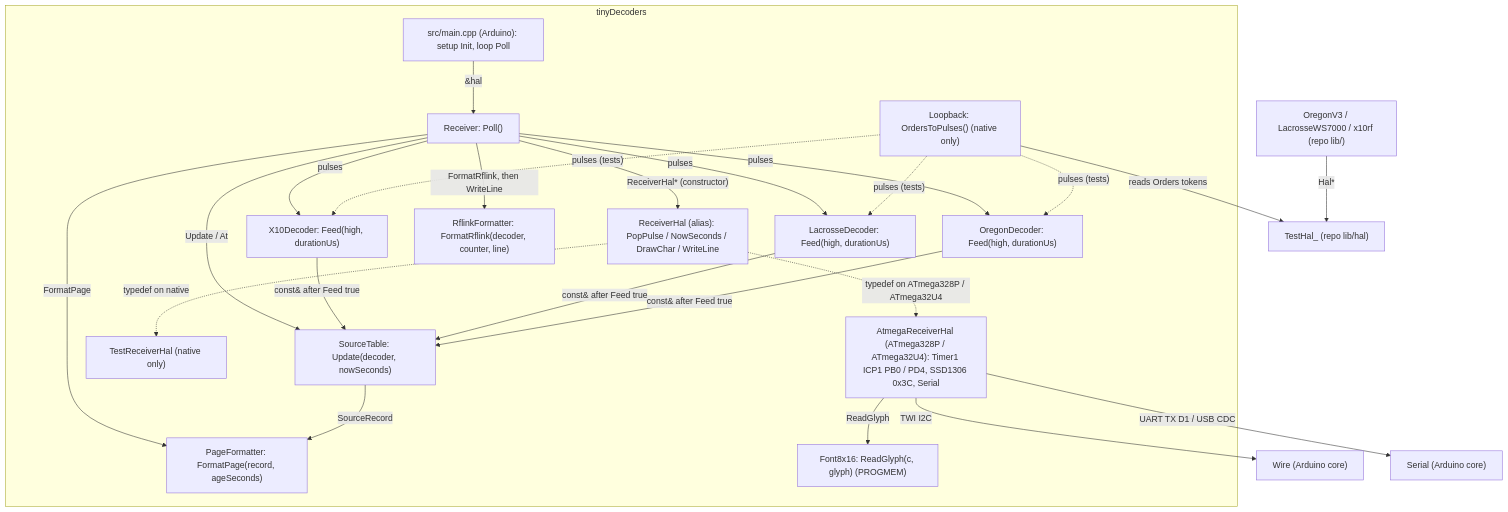
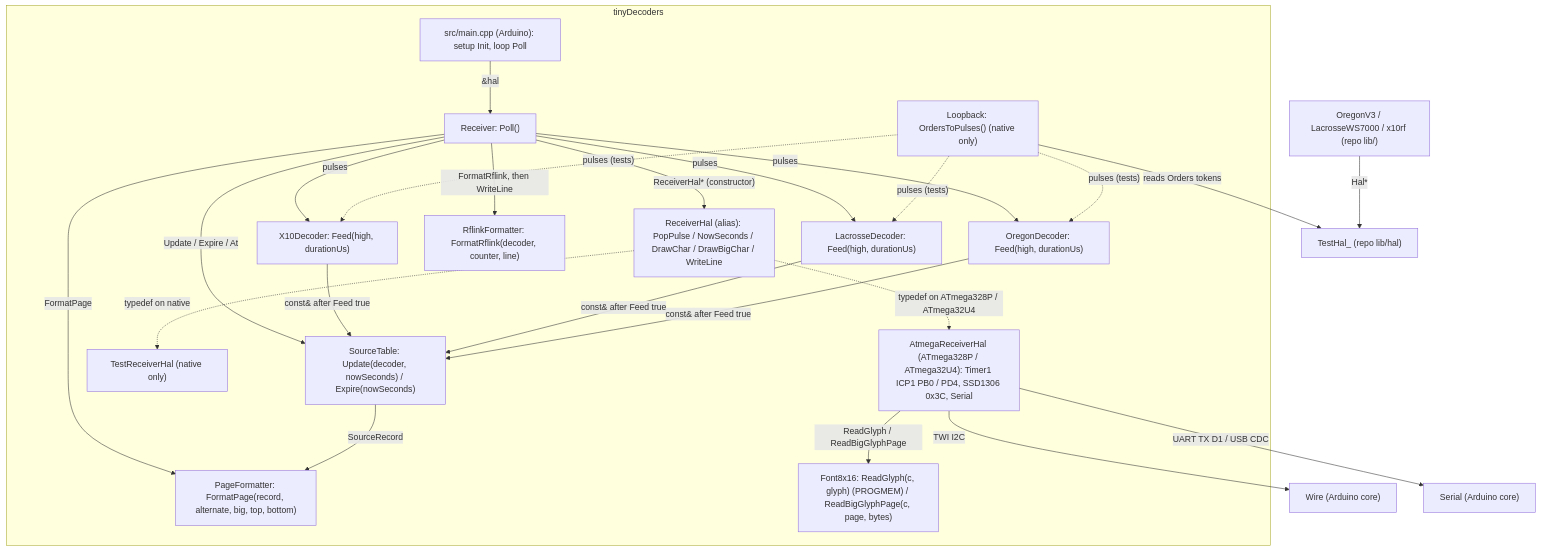
The second of 2 diagrams in docs/architecture.md (arcadien/tinySensor), drawn with Mermaid before and after one commit. The commit also changed other lines of this file, not shown here.

Commit message:
arch(FUNC-DECODE-007): big-value OLED page, DrawBigChar/ReadBigGlyphPage, DrawChar start page, SourceTable Expire

````diff
--- a/docs/architecture.md
+++ b/docs/architecture.md
@@ -106,40 +106,40 @@
 ```mermaid
 graph TD
   subgraph tinyDecoders
     Loopback["Loopback: OrdersToPulses() (native only)"]
     X10Decoder["X10Decoder: Feed(high, durationUs)"]
     LacrosseDecoder["LacrosseDecoder: Feed(high, durationUs)"]
     OregonDecoder["OregonDecoder: Feed(high, durationUs)"]
-    SourceTable["SourceTable: Update(decoder, nowSeconds)"]
-    PageFormatter["PageFormatter: FormatPage(record, ageSeconds)"]
+    SourceTable["SourceTable: Update(decoder, nowSeconds) / Expire(nowSeconds)"]
+    PageFormatter["PageFormatter: FormatPage(record, alternate, big, top, bottom)"]
     RflinkFormatter["RflinkFormatter: FormatRflink(decoder, counter, line)"]
-    Font8x16["Font8x16: ReadGlyph(c, glyph) (PROGMEM)"]
+    Font8x16["Font8x16: ReadGlyph(c, glyph) (PROGMEM) / ReadBigGlyphPage(c, page, bytes)"]
     Receiver["Receiver: Poll()"]
-    ReceiverHal["ReceiverHal (alias): PopPulse / NowSeconds / DrawChar / WriteLine"]
+    ReceiverHal["ReceiverHal (alias): PopPulse / NowSeconds / DrawChar / DrawBigChar / WriteLine"]
     TestReceiverHal["TestReceiverHal (native only)"]
     AtmegaReceiverHal["AtmegaReceiverHal (ATmega328P / ATmega32U4): Timer1 ICP1 PB0 / PD4, SSD1306 0x3C, Serial"]
     Main["src/main.cpp (Arduino): setup Init, loop Poll"]
   end
   ReceiverHal -.->|"typedef on ATmega328P / ATmega32U4"| AtmegaReceiverHal
-  AtmegaReceiverHal -->|"ReadGlyph"| Font8x16
+  AtmegaReceiverHal -->|"ReadGlyph / ReadBigGlyphPage"| Font8x16
   AtmegaReceiverHal -->|"TWI I2C"| Wire["Wire (Arduino core)"]
   AtmegaReceiverHal -->|"UART TX D1 / USB CDC"| Serial["Serial (Arduino core)"]
   Main -->|"&hal"| Receiver
   Receiver -->|"ReceiverHal* (constructor)"| ReceiverHal
   ReceiverHal -.->|"typedef on native"| TestReceiverHal
   Receiver -->|"pulses"| X10Decoder
   Receiver -->|"pulses"| LacrosseDecoder
   Receiver -->|"pulses"| OregonDecoder
-  Receiver -->|"Update / At"| SourceTable
+  Receiver -->|"Update / Expire / At"| SourceTable
   Receiver -->|"FormatPage"| PageFormatter
   Receiver -->|"FormatRflink, then WriteLine"| RflinkFormatter
   X10Decoder -->|"const& after Feed true"| SourceTable
   LacrosseDecoder -->|"const& after Feed true"| SourceTable
   OregonDecoder -->|"const& after Feed true"| SourceTable
   SourceTable -->|"SourceRecord"| PageFormatter
   Loopback -.->|"pulses (tests)"| X10Decoder
   Loopback -.->|"pulses (tests)"| LacrosseDecoder
   Loopback -.->|"pulses (tests)"| OregonDecoder
   Encoders["OregonV3 / LacrosseWS7000 / x10rf (repo lib/)"] -->|Hal*| TestHal["TestHal_ (repo lib/hal)"]
   Loopback -->|"reads Orders tokens"| TestHal
 ```
````
